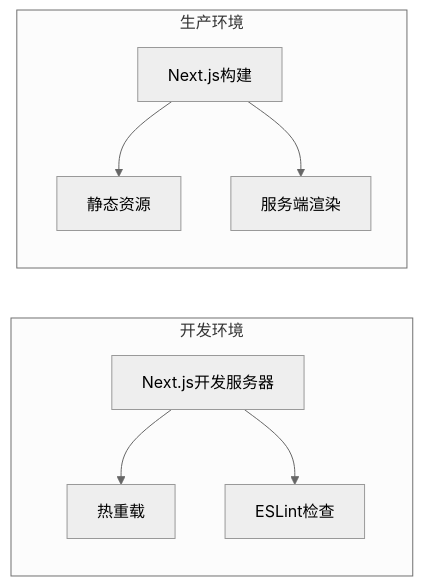
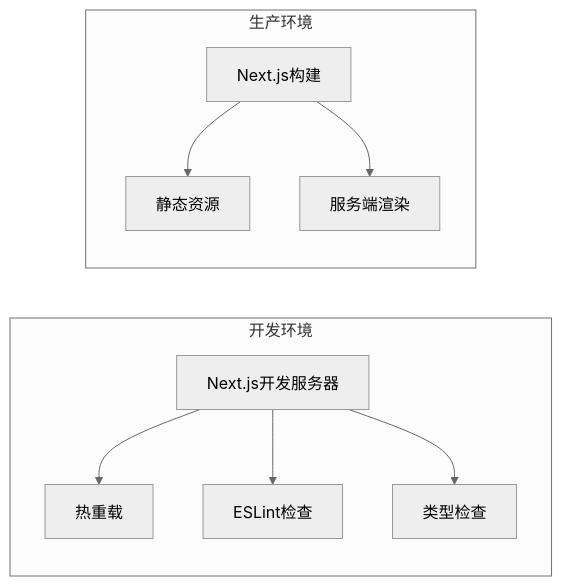
One commit to KunLabAI/KunFlix changed the seventh of 11 diagrams in .qoder/repowiki/zh/content/前端开发指南/开发基础设施.md. Above: the diagram before and after it, drawn with Mermaid (neutral theme). The commit also changed other lines of this file and 43 other files, not shown here.

````diff
--- a/.qoder/repowiki/zh/content/前端开发指南/开发基础设施.md
+++ b/.qoder/repowiki/zh/content/前端开发指南/开发基础设施.md
@@ -283,17 +293,19 @@
 ```mermaid
 graph LR
 subgraph "开发环境"
 DevServer[Next.js开发服务器]
 HotReload[热重载]
 ESLint[ESLint检查]
+TypeCheck[类型检查]
 end
 subgraph "生产环境"
 Build[Next.js构建]
 Static[静态资源]
 SSR[服务端渲染]
 end
 DevServer --> HotReload
 DevServer --> ESLint
+DevServer --> TypeCheck
 Build --> Static
 Build --> SSR
 ```
````
